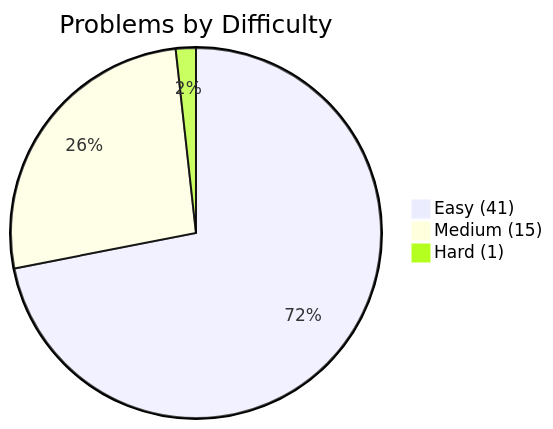
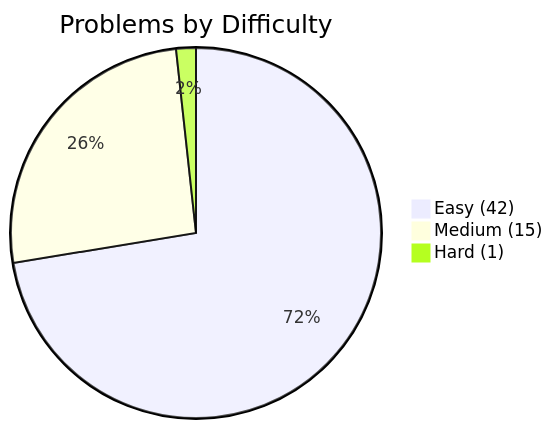
Before and after one commit to kanishk-procoder/leetcode-grind: the first of 2 diagrams in PROGRESS.md, drawn with Mermaid. The commit also changed other lines of this file and 4 other files, not shown here.

````diff
--- a/PROGRESS.md
+++ b/PROGRESS.md
@@ -5,6 +5,6 @@
 ```mermaid
 pie title Problems by Difficulty
-    "Easy (41)" : 41
+    "Easy (42)" : 42
     "Medium (15)" : 15
     "Hard (1)" : 1
 ```
````
